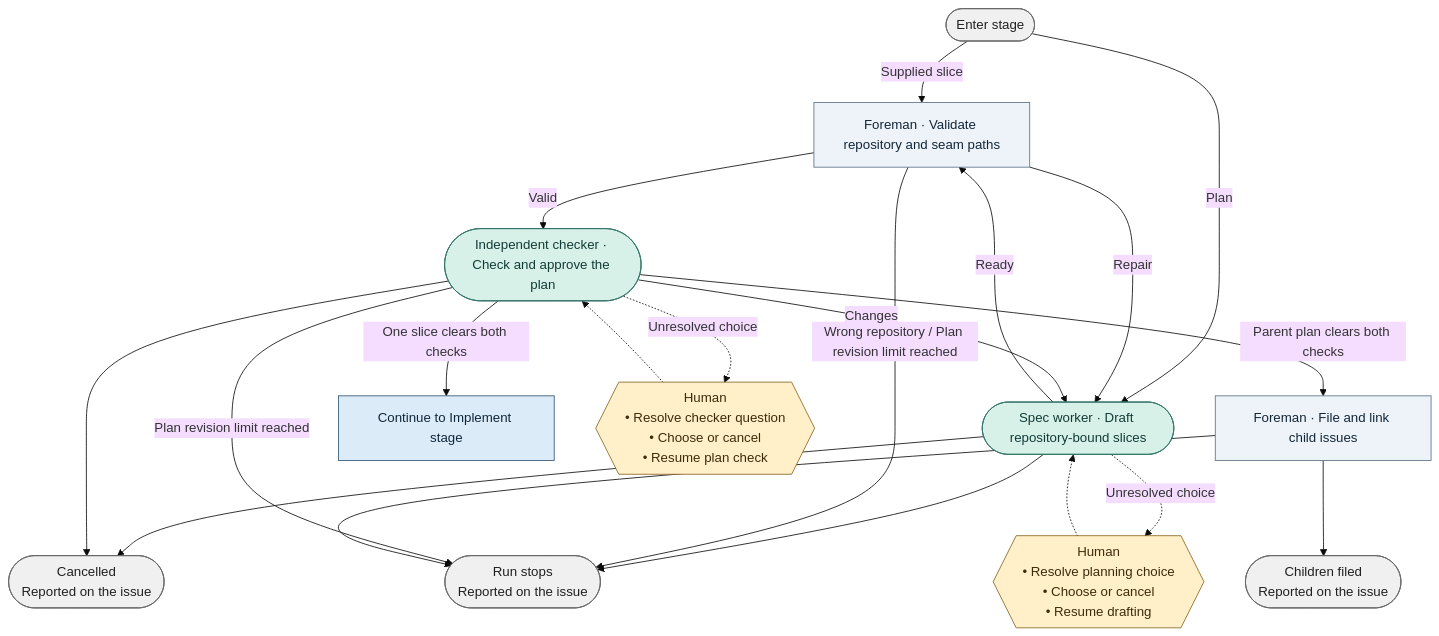
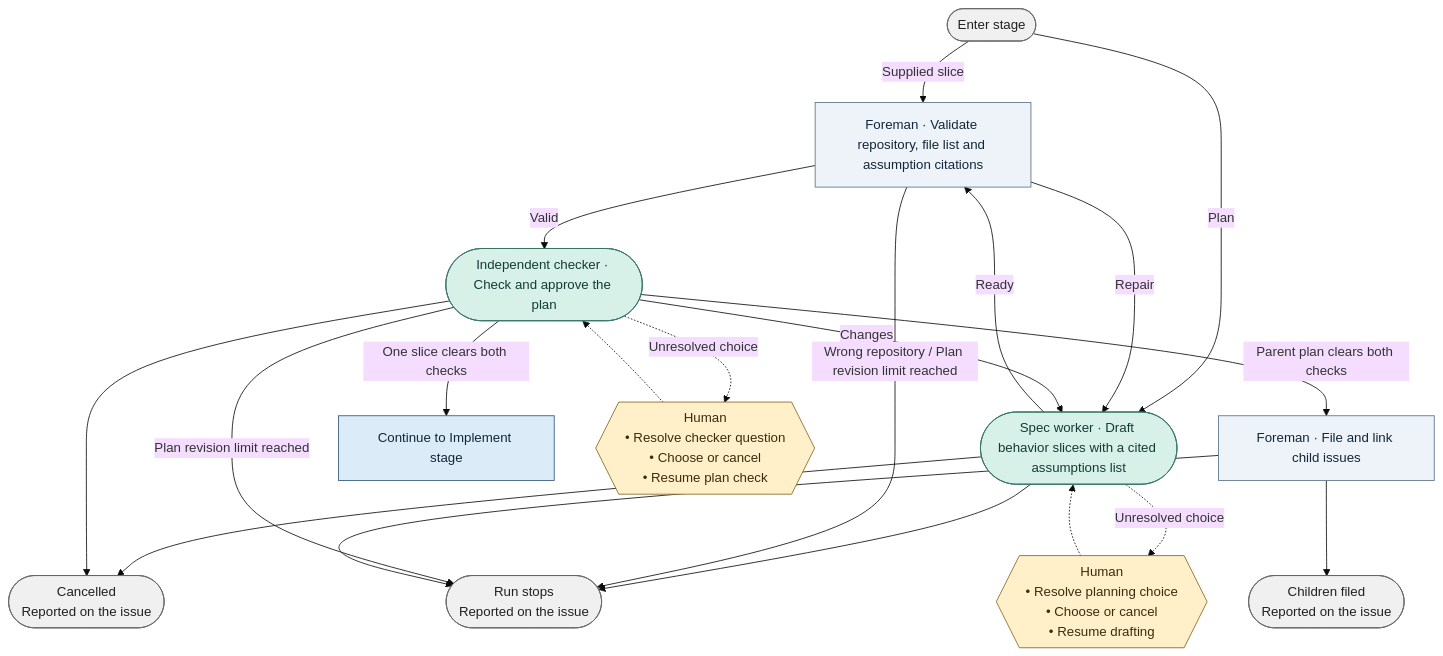
Before and after one commit to bookout-labs/tools: the diagram in docs/graph/blueprint/views/stages/spec.mmd, drawn with Mermaid (base theme). The commit also changed 40 other files, not shown here.

```diff
--- a/docs/graph/blueprint/views/stages/spec.mmd
+++ b/docs/graph/blueprint/views/stages/spec.mmd
@@ -1,36 +1,36 @@
 flowchart TD
     n0(["Enter stage"]):::terminal
-    n1(["Spec worker · Draft repository-bound slices"]):::worker
-    n2["Foreman · Validate repository and seam paths"]:::step
+    n1(["Spec worker · Draft behavior slices with a cited assumptions list"]):::worker
+    n2["Foreman · Validate repository, file list and assumption citations"]:::step
     n3(["Independent checker · Check and approve the plan"]):::worker
     n4["Foreman · File and link child issues"]:::step
     n5(["Cancelled<br/>Reported on the issue"]):::terminal
     n6(["Run stops<br/>Reported on the issue"]):::terminal
     n7["Continue to Implement stage"]:::stage
     n8(["Children filed<br/>Reported on the issue"]):::terminal
     n9{{"Human<br/>• Resolve planning choice<br/>• Choose or cancel<br/>• Resume drafting"}}:::gate
     n10{{"Human<br/>• Resolve checker question<br/>• Choose or cancel<br/>• Resume plan check"}}:::gate
     n0 -->|"Supplied slice"| n2
     n0 -->|"Plan"| n1
     n1 -->|"Ready"| n2
     n1 --> n5
     n1 --> n6
     n2 -->|"Wrong repository / Plan revision limit reached"| n6
     n2 -->|"Repair"| n1
     n2 -->|"Valid"| n3
     n3 -->|"Plan revision limit reached"| n6
     n3 -->|"Changes"| n1
     n3 --> n5
     n3 -->|"One slice clears both checks"| n7
     n3 -->|"Parent plan clears both checks"| n4
     n4 --> n8
     n4 --> n6
     n1 -.->|"Unresolved choice"| n9
     n9 -.-> n1
     n3 -.->|"Unresolved choice"| n10
     n10 -.-> n3
     classDef stage fill:#dcebf8,stroke:#315675,color:#10283b
     classDef step fill:#edf3f8,stroke:#597187,color:#132638
     classDef worker fill:#d7f0e8,stroke:#357369,color:#133c36
     classDef gate fill:#fff0c9,stroke:#89641f,color:#3f2b0b
     classDef terminal fill:#f0f0f0,stroke:#666666,color:#202020
```
